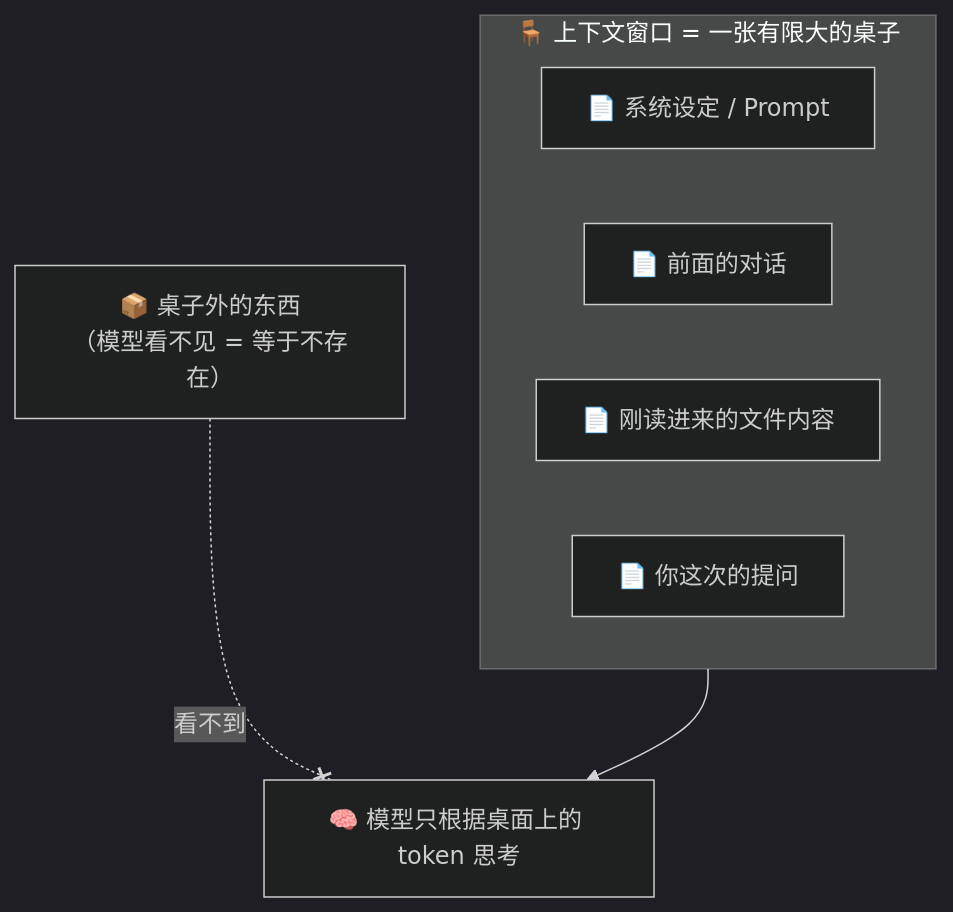
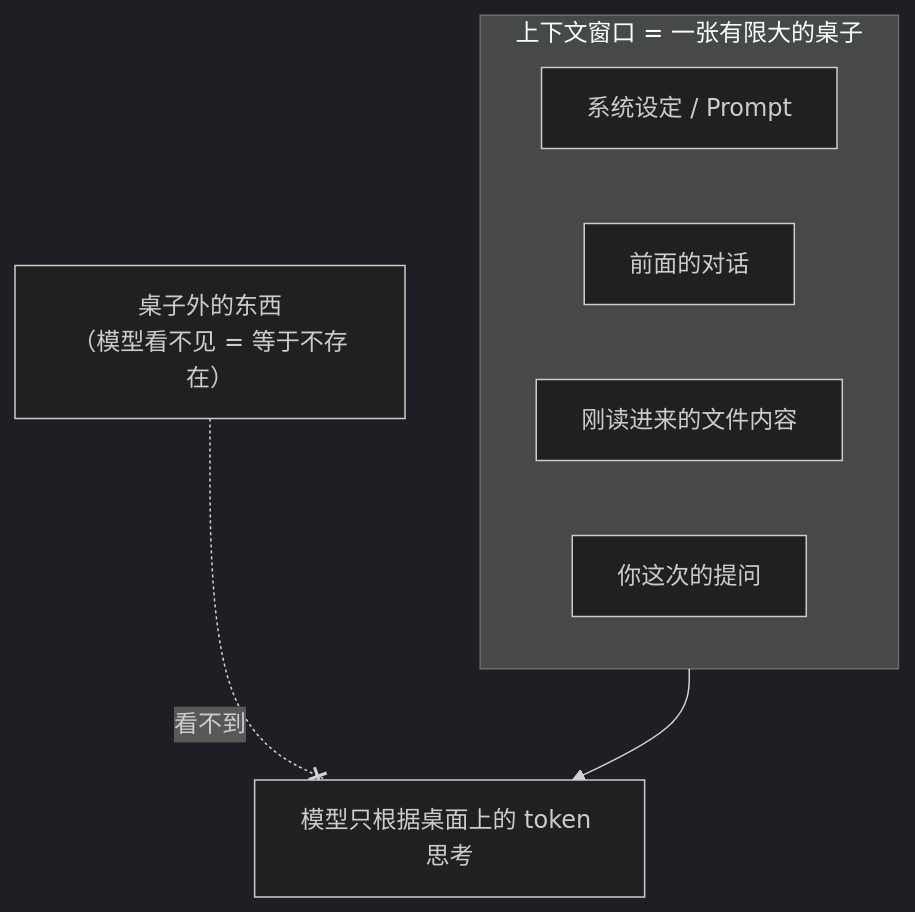
One commit to luckykhy/KhyAiHub changed the second of 6 diagrams in docs/02_CONCEPTS_概念入门/CONCEPT/[CONCEPT-08] 什么是Context与Token-上下文与令牌.md. Above: the diagram before and after it, drawn with Mermaid (dark theme). The commit also changed other lines of this file and 19 other files, not shown here.

````diff
--- a/docs/02_CONCEPTS_概念入门/CONCEPT/[CONCEPT-08] 什么是Context与Token-上下文与令牌.md
+++ b/docs/02_CONCEPTS_概念入门/CONCEPT/[CONCEPT-08] 什么是Context与Token-上下文与令牌.md
@@ -95,12 +95,12 @@
 ```mermaid
 flowchart TB
-  subgraph DESK["🪑 上下文窗口 = 一张有限大的桌子"]
-    D1["📄 系统设定 / Prompt"]
-    D2["📄 前面的对话"]
-    D3["📄 刚读进来的文件内容"]
-    D4["📄 你这次的提问"]
+  subgraph DESK["上下文窗口 = 一张有限大的桌子"]
+    D1["系统设定 / Prompt"]
+    D2["前面的对话"]
+    D3["刚读进来的文件内容"]
+    D4["你这次的提问"]
   end
-  OUT["📦 桌子外的东西<br/>（模型看不见 = 等于不存在）"]
-  DESK --> LLM["🧠 模型只根据桌面上的 token 思考"]
+  OUT["桌子外的东西<br/>（模型看不见 = 等于不存在）"]
+  DESK --> LLM["模型只根据桌面上的 token 思考"]
   OUT -. "看不到" .-x LLM
 ```
````
